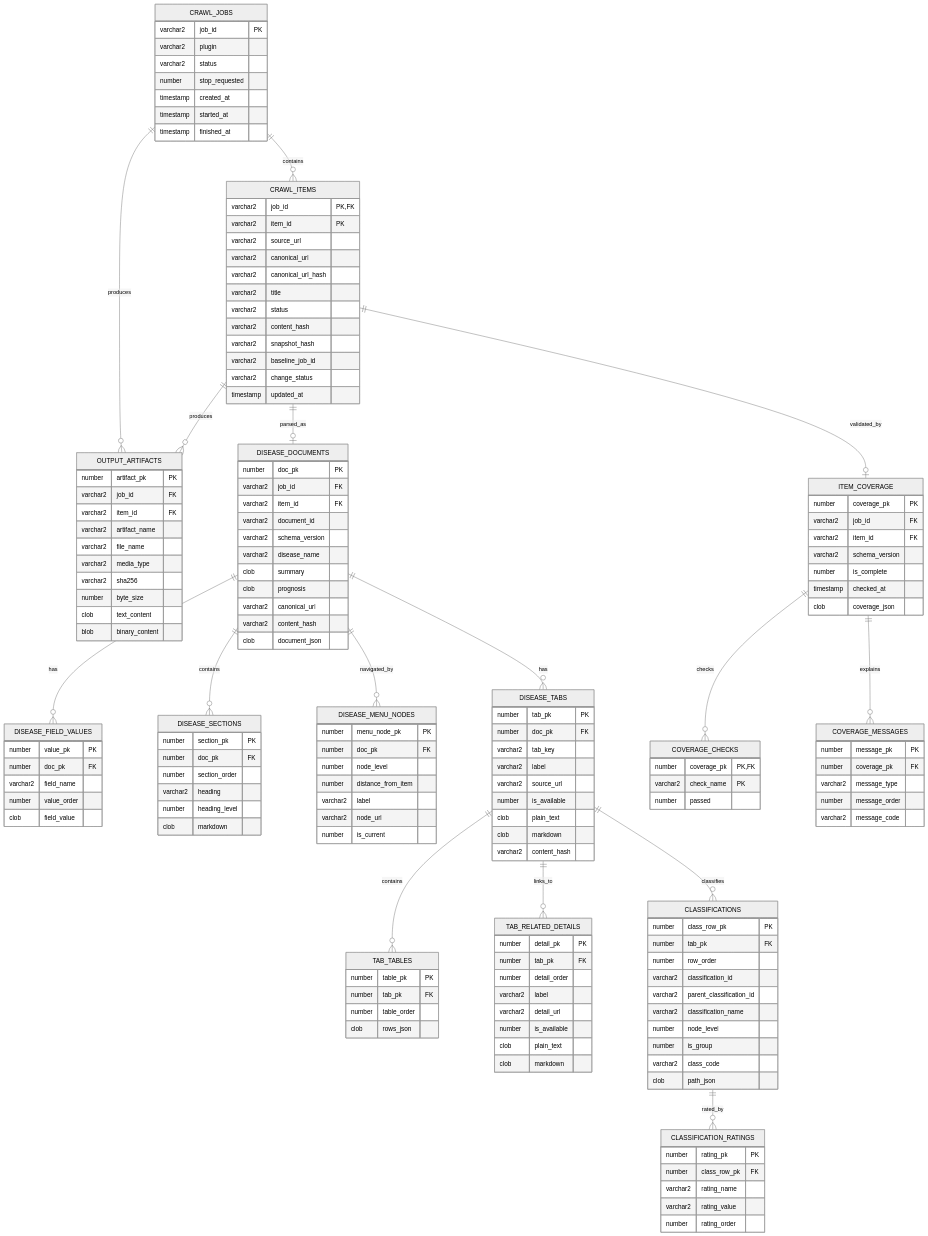
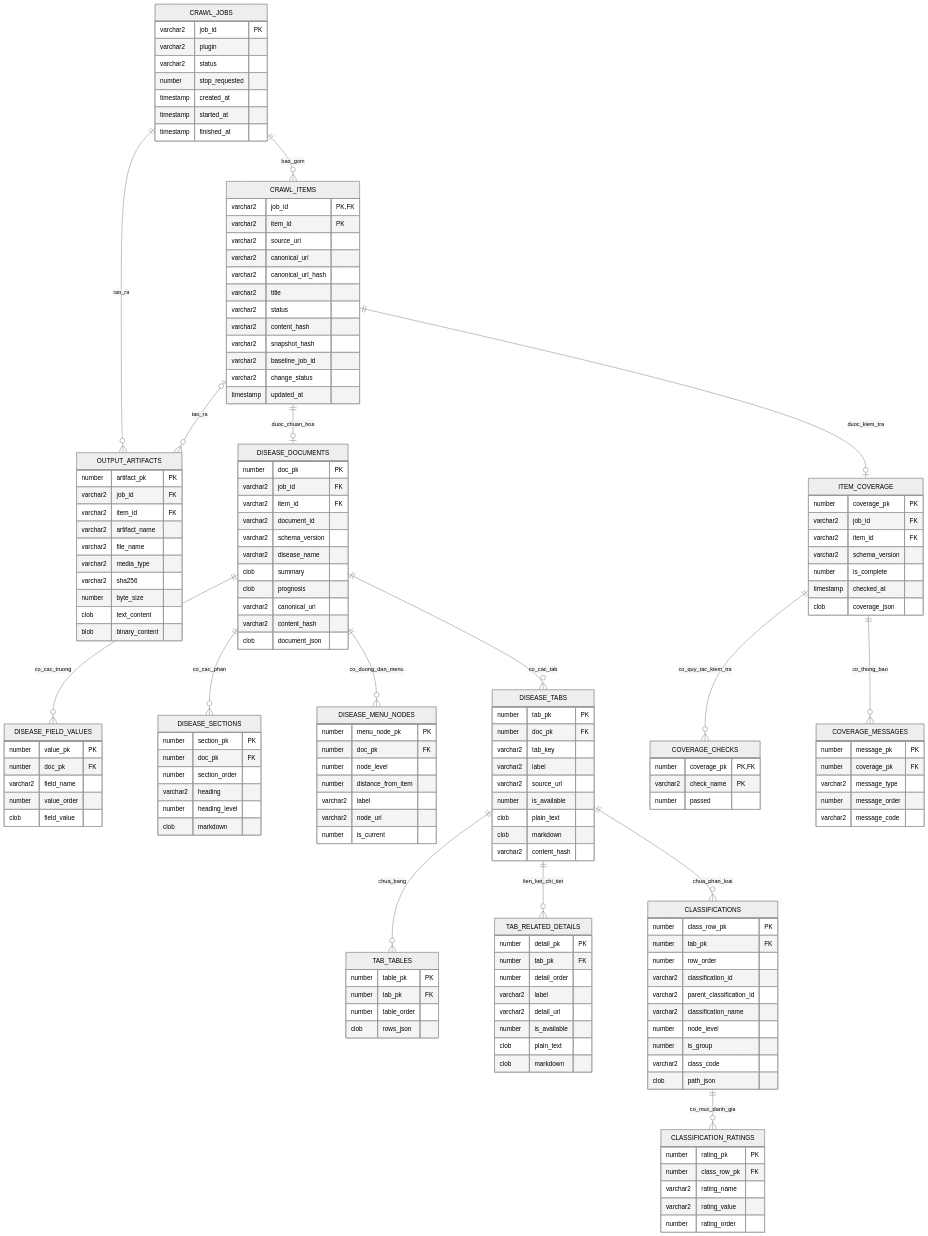
Before and after one commit to ChungNhatHao/ai-craw-data-medical: the first of 2 diagrams in docs/database/ORACLE_OUTPUT_ERD.md, drawn with Mermaid (neutral theme). The commit also changed other lines of this file and 8 other files, not shown here.

````diff
--- a/docs/database/ORACLE_OUTPUT_ERD.md
+++ b/docs/database/ORACLE_OUTPUT_ERD.md
@@ -5,23 +23,23 @@
 ```mermaid
 erDiagram
-    CRAWL_JOBS ||--o{ CRAWL_ITEMS : contains
-    CRAWL_JOBS ||--o{ OUTPUT_ARTIFACTS : produces
-    CRAWL_ITEMS ||--o| DISEASE_DOCUMENTS : parsed_as
-    CRAWL_ITEMS ||--o| ITEM_COVERAGE : validated_by
-    CRAWL_ITEMS ||--o{ OUTPUT_ARTIFACTS : produces
+    CRAWL_JOBS ||--o{ CRAWL_ITEMS : bao_gom
+    CRAWL_JOBS ||--o{ OUTPUT_ARTIFACTS : tao_ra
+    CRAWL_ITEMS ||--o| DISEASE_DOCUMENTS : duoc_chuan_hoa
+    CRAWL_ITEMS ||--o| ITEM_COVERAGE : duoc_kiem_tra
+    CRAWL_ITEMS o|--o{ OUTPUT_ARTIFACTS : tao_ra
 
-    DISEASE_DOCUMENTS ||--o{ DISEASE_FIELD_VALUES : has
-    DISEASE_DOCUMENTS ||--o{ DISEASE_SECTIONS : contains
-    DISEASE_DOCUMENTS ||--o{ DISEASE_MENU_NODES : navigated_by
-    DISEASE_DOCUMENTS ||--o{ DISEASE_TABS : has
+    DISEASE_DOCUMENTS ||--o{ DISEASE_FIELD_VALUES : co_cac_truong
+    DISEASE_DOCUMENTS ||--o{ DISEASE_SECTIONS : co_cac_phan
+    DISEASE_DOCUMENTS ||--o{ DISEASE_MENU_NODES : co_duong_dan_menu
+    DISEASE_DOCUMENTS ||--o{ DISEASE_TABS : co_cac_tab
 
-    DISEASE_TABS ||--o{ TAB_TABLES : contains
-    DISEASE_TABS ||--o{ TAB_RELATED_DETAILS : links_to
-    DISEASE_TABS ||--o{ CLASSIFICATIONS : classifies
-    CLASSIFICATIONS ||--o{ CLASSIFICATION_RATINGS : rated_by
+    DISEASE_TABS ||--o{ TAB_TABLES : chua_bang
+    DISEASE_TABS ||--o{ TAB_RELATED_DETAILS : lien_ket_chi_tiet
+    DISEASE_TABS ||--o{ CLASSIFICATIONS : chua_phan_loai
+    CLASSIFICATIONS ||--o{ CLASSIFICATION_RATINGS : co_muc_danh_gia
 
-    ITEM_COVERAGE ||--o{ COVERAGE_CHECKS : checks
-    ITEM_COVERAGE ||--o{ COVERAGE_MESSAGES : explains
+    ITEM_COVERAGE ||--o{ COVERAGE_CHECKS : co_quy_tac_kiem_tra
+    ITEM_COVERAGE ||--o{ COVERAGE_MESSAGES : co_thong_bao
 
     CRAWL_JOBS {
         varchar2 job_id PK
````
